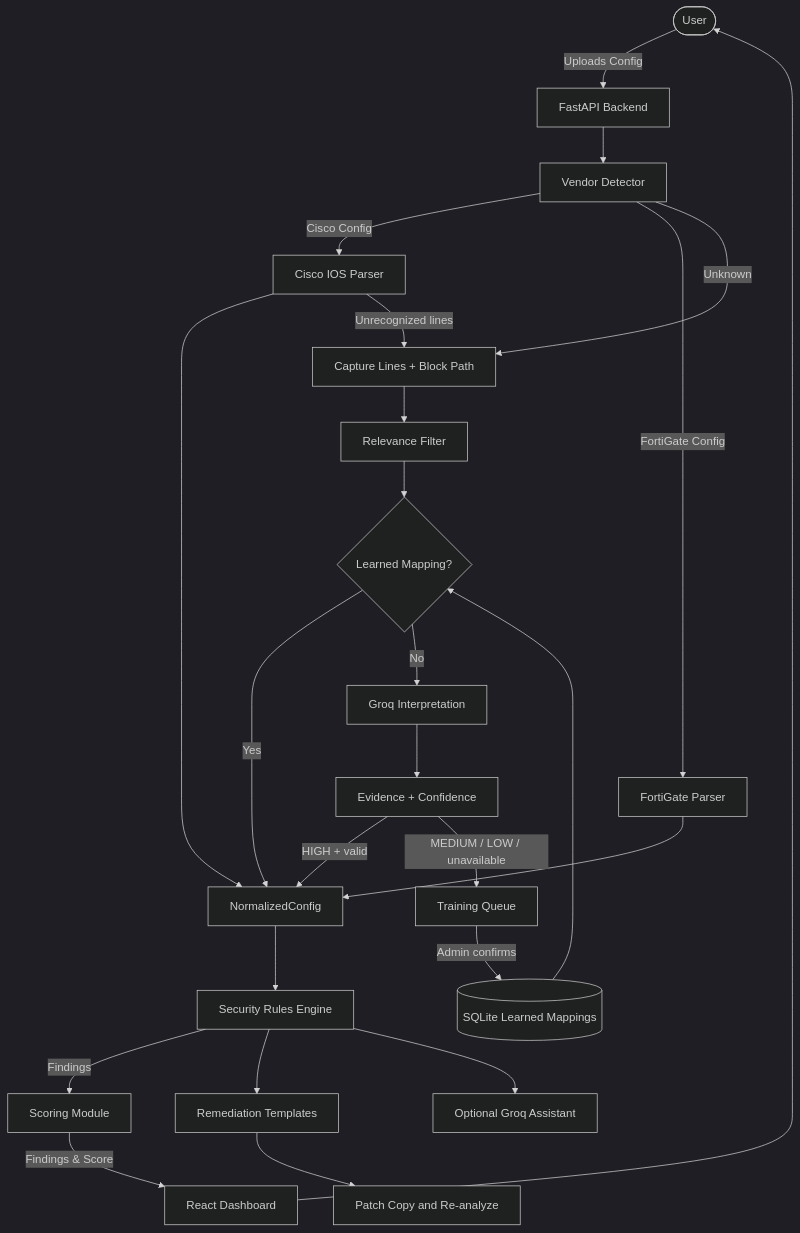
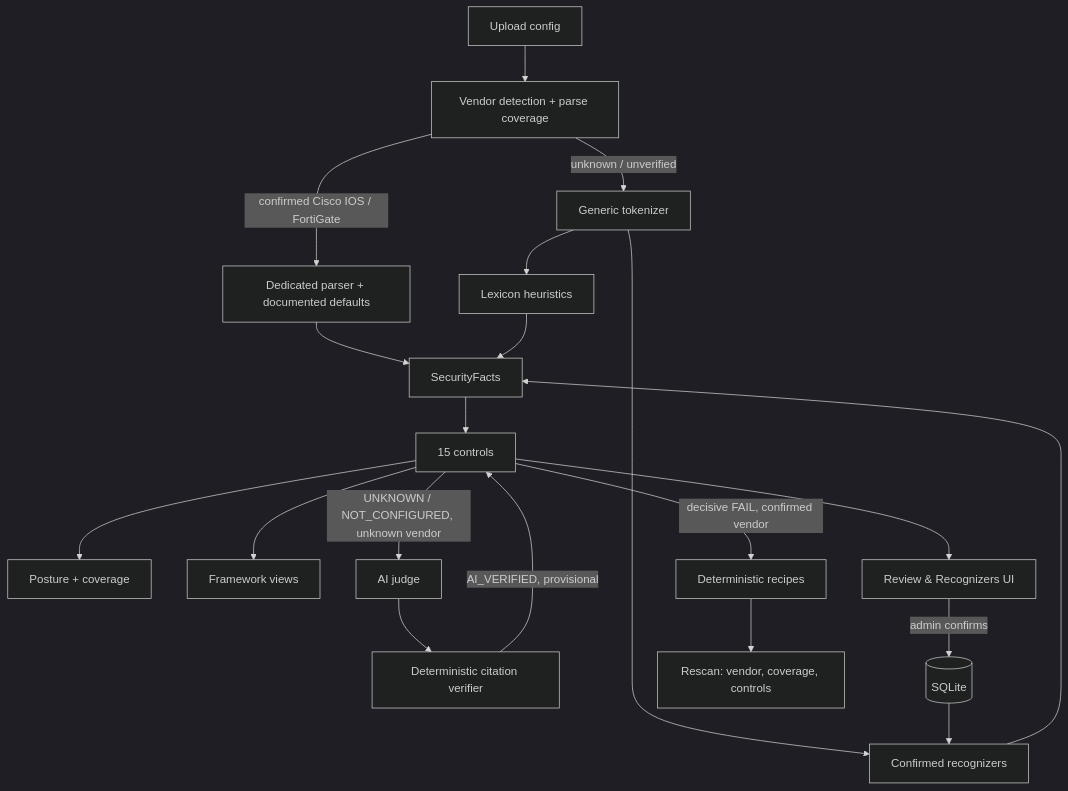
One commit to astrilo-monk/sih-26155 changed the diagram in docs/architecture.md. Above: the diagram before and after it, drawn with Mermaid (dark theme). The commit also changed other lines of this file and 35 other files, not shown here.

First line of the commit message:
feat: phase 9 framework views and final demo

````diff
--- a/docs/architecture.md
+++ b/docs/architecture.md
@@ -31,30 +44,22 @@
 ```mermaid
 flowchart TD
-    User([User]) --> |Uploads Config| API[FastAPI Backend]
-    API --> Detector[Vendor Detector]
-    Detector --> |Cisco Config| CiscoParser[Cisco IOS Parser]
-    Detector --> |FortiGate Config| FortiParser[FortiGate Parser]
-    Detector --> |Unknown| Capture[Capture Lines + Block Path]
-
-    CiscoParser --> Normalizer[NormalizedConfig]
-    FortiParser --> Normalizer
-    CiscoParser --> |Unrecognized lines| Capture
-
-    Capture --> Relevance[Relevance Filter]
-    Relevance --> Learned{Learned Mapping?}
-    Learned --> |Yes| Normalizer
-    Learned --> |No| AI[Groq Interpretation]
-    AI --> Validate[Evidence + Confidence]
-    Validate --> |HIGH + valid| Normalizer
-    Validate --> |MEDIUM / LOW / unavailable| Training[Training Queue]
-    Training --> |Admin confirms| DB[(SQLite Learned Mappings)]
-    DB --> Learned
-
-    Normalizer --> RulesEngine[Security Rules Engine]
-    RulesEngine --> |Findings| Scorer[Scoring Module]
-    Scorer --> |Findings & Score| Frontend[React Dashboard]
-    RulesEngine --> Templates[Remediation Templates]
-    Templates --> Verify[Patch Copy and Re-analyze]
-    RulesEngine --> Assistant[Optional Groq Assistant]
-    Frontend --> User
+    Upload[Upload config] --> Detect[Vendor detection + parse coverage]
+    Detect -->|confirmed Cisco IOS / FortiGate| Parser[Dedicated parser + documented defaults]
+    Detect -->|unknown / unverified| Tokenizer[Generic tokenizer]
+    Tokenizer --> Recognizers[Confirmed recognizers]
+    Tokenizer --> Heuristics[Lexicon heuristics]
+    Parser --> Facts[SecurityFacts]
+    Recognizers --> Facts
+    Heuristics --> Facts
+    Facts --> Controls[15 controls]
+    Controls --> Score[Posture + coverage]
+    Controls --> Frameworks[Framework views]
+    Controls -->|UNKNOWN / NOT_CONFIGURED, unknown vendor| Judge[AI judge]
+    Judge --> Verify[Deterministic citation verifier]
+    Verify -->|AI_VERIFIED, provisional| Controls
+    Controls --> Review[Review & Recognizers UI]
+    Review -->|admin confirms| DB[(SQLite)]
+    DB --> Recognizers
+    Controls -->|decisive FAIL, confirmed vendor| Remediation[Deterministic recipes]
+    Remediation --> Rescan[Rescan: vendor, coverage, controls]
 ```
````
